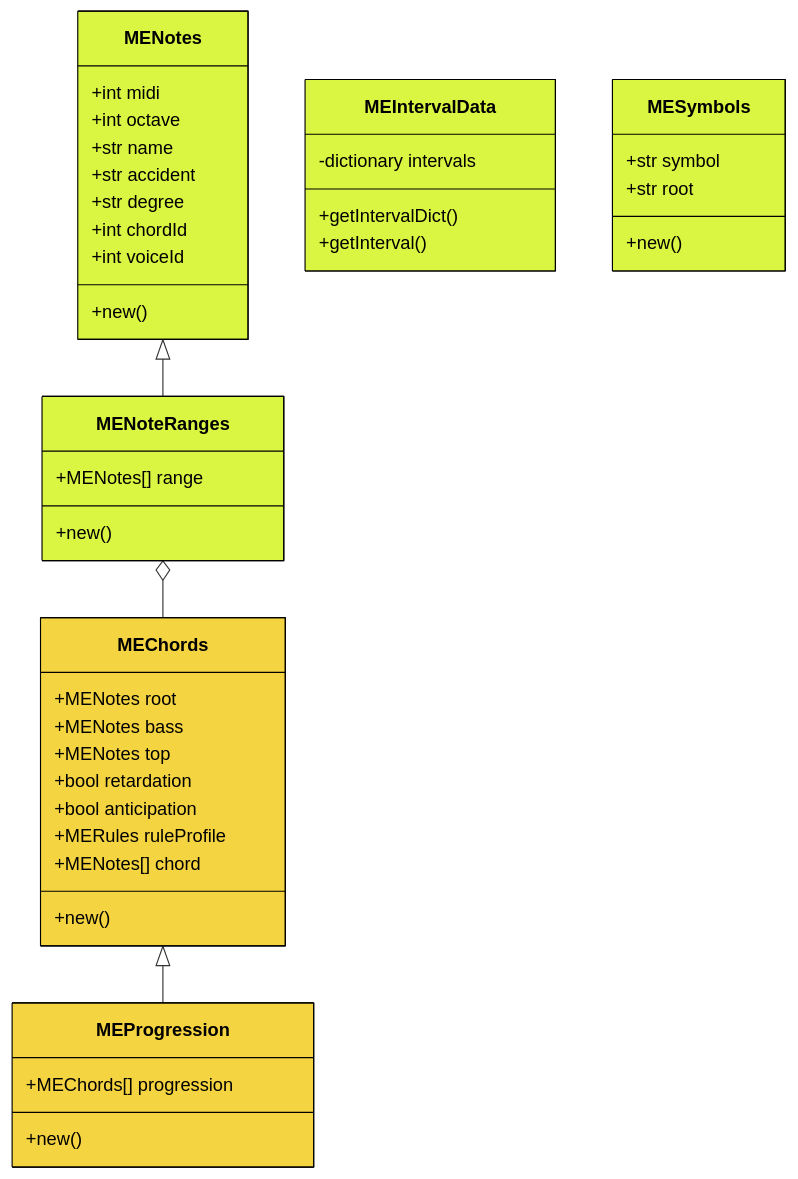
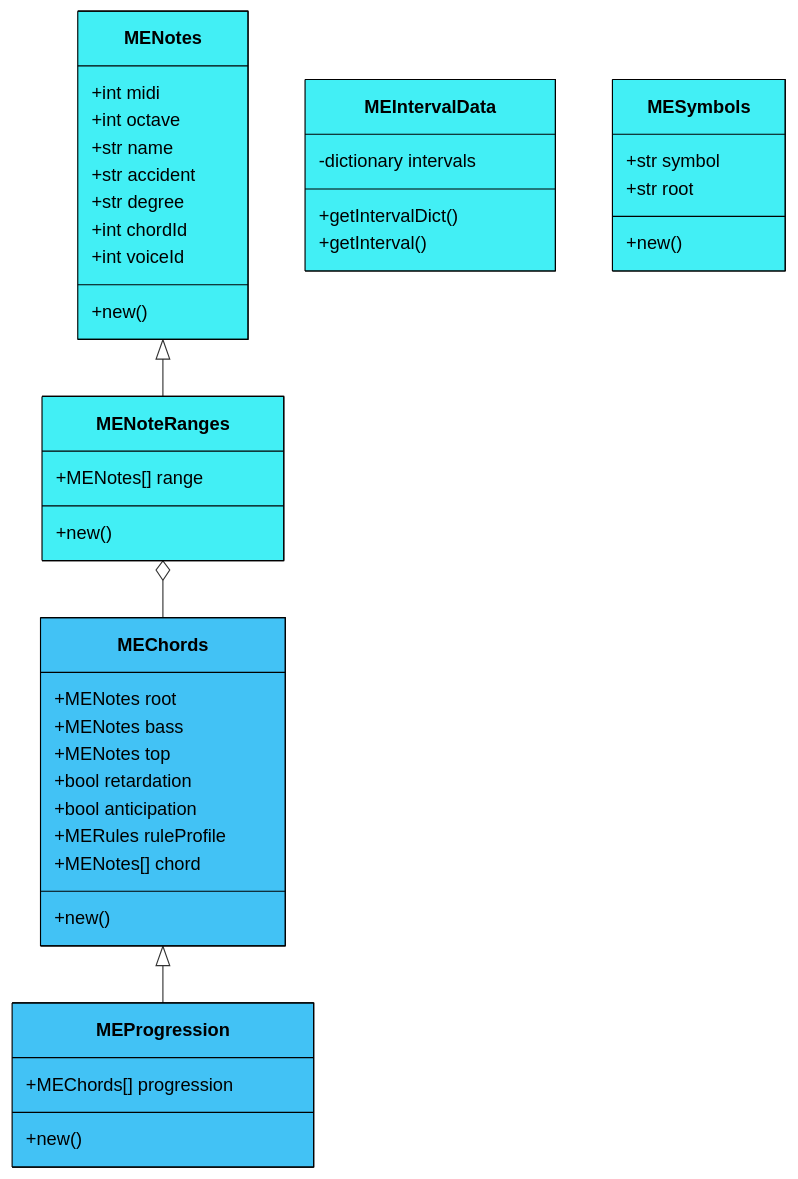
The diagram in README.md (iamsiriil/sc_musicengine), drawn with Mermaid before and after one commit.

Commit message:
readme update

````diff
--- a/README.md
+++ b/README.md
@@ -53,52 +53,52 @@
 ```mermaid
 classDiagram
     MENotes <|-- MENoteRanges
     MENoteRanges o-- MEChords
     MEChords <|-- MEProgression
     class MENotes:::musicengine {
         +int midi
         +int octave
         +str name
         +str accident
         +str degree
         +int chordId
         +int voiceId
         +new()
     }
     %%style MENotes stroke:#42f5bf,fill:#e6fff8
 
     class MENoteRanges:::musicengine {
         +MENotes[] range
         +new()
     }
 
     class MEIntervalData:::musicengine {
         -dictionary intervals
         +getIntervalDict()
         +getInterval()
     }
 
     class MESymbols:::musicengine {
         +str symbol
         +str root
         +new()
     }
 
     class MEChords:::harmonizer {
         +MENotes root
         +MENotes bass
         +MENotes top
         +bool retardation
         +bool anticipation
         +MERules ruleProfile
         +MENotes[] chord
         +new()
     }
 
     class MEProgression:::harmonizer {
         +MEChords[] progression
         +new()
     }
-    classDef musicengine fill:#daf542,stroke:#000, color:#000
-    classDef harmonizer fill:#f5d442,stroke:#000, color:#000
+    classDef musicengine fill:#42eff5,stroke:#000, color:#000
+    classDef harmonizer fill:#42c2f5,stroke:#000, color:#000
 ```
````
